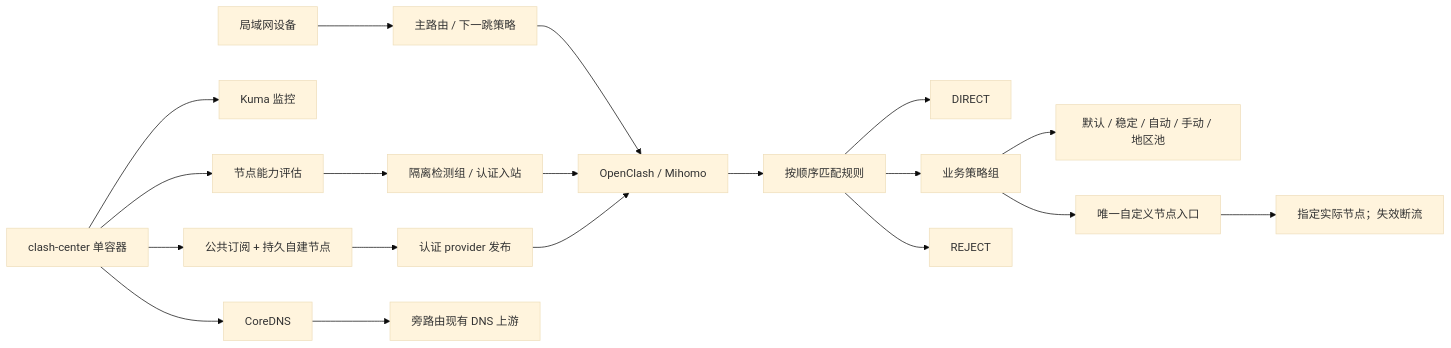
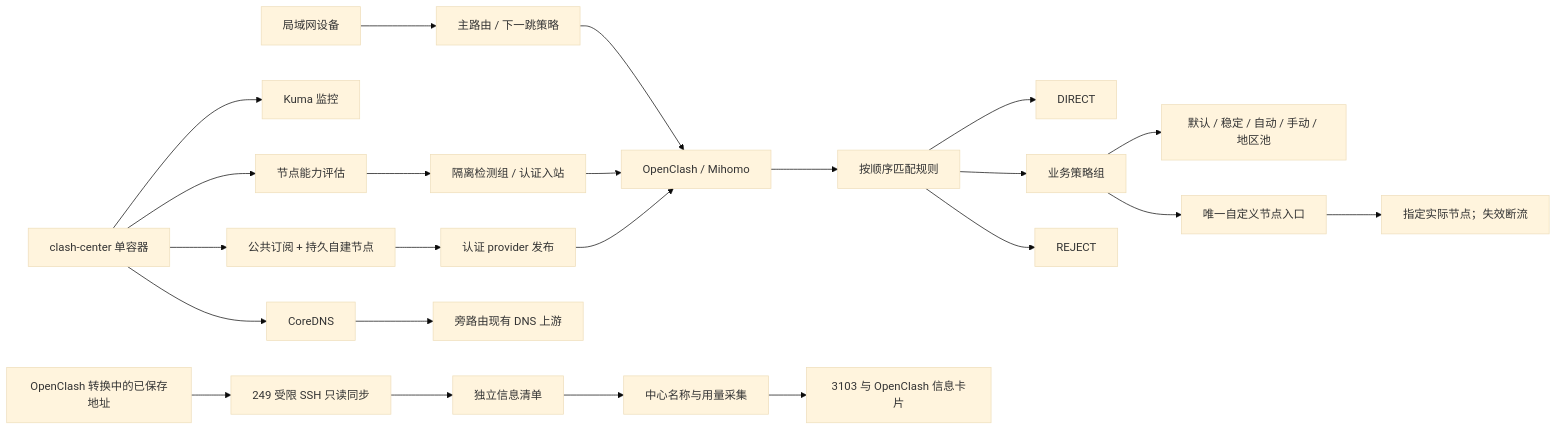
One commit to zhiwen1987/Jydn-openclash changed the diagram in README.md. Above: the diagram before and after it, drawn with Mermaid (base theme). The commit also changed other lines of this file and 26 other files, not shown here.

Commit message:
feat: sync OpenClash subscription information without node publishing

````diff
--- a/README.md
+++ b/README.md
@@ -26,21 +27,25 @@
 ```mermaid
 flowchart LR
     Client[局域网设备] --> Gateway[主路由 / 下一跳策略]
     Gateway --> OC[OpenClash / Mihomo]
     OC --> Rules[按顺序匹配规则]
     Rules --> Direct[DIRECT]
     Rules --> Business[业务策略组]
     Rules --> Reject[REJECT]
     Business --> Shared[默认 / 稳定 / 自动 / 手动 / 地区池]
     Business --> Custom[唯一自定义节点入口]
     Custom --> Pinned[指定实际节点；失效断流]
     Center[clash-center 单容器] --> Kuma[Kuma 监控]
     Center --> Evaluate[节点能力评估]
     Center --> Sub[公共订阅 + 持久自建节点]
     Center --> DNS[CoreDNS]
     Evaluate --> Probe[隔离检测组 / 认证入站]
     Probe --> OC
     Sub --> Provider[认证 provider 发布]
     Provider --> OC
     DNS --> Resolver[旁路由现有 DNS 上游]
+    Convert[OpenClash 转换中的已保存地址] --> ReadOnly[249 受限 SSH 只读同步]
+    ReadOnly --> Info[独立信息清单]
+    Info --> Usage[中心名称与用量采集]
+    Usage --> Cards[3103 与 OpenClash 信息卡片]
 ```
````
